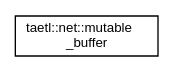
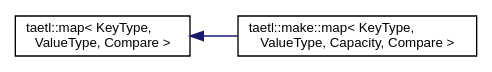
Before and after one commit to tobanteAudio/taetl: the diagram in inherit_graph_20.dot, drawn with Graphviz. The commit also changed 145 other files, not shown here.

```diff
--- a/inherit_graph_20.dot
+++ b/inherit_graph_20.dot
@@ -1,7 +1,9 @@
 digraph "Graphical Class Hierarchy"
 {
   edge [fontname="Helvetica",fontsize="10",labelfontname="Helvetica",labelfontsize="10"];
   node [fontname="Helvetica",fontsize="10",shape=record];
   rankdir="LR";
-  Node0 [label="taetl::net::mutable\l_buffer",height=0.2,width=0.4,color="black", fillcolor="white", style="filled",URL="$classtaetl_1_1net_1_1mutable__buffer.html"];
+  Node0 [label="taetl::map\< KeyType,\l ValueType, Compare \>",height=0.2,width=0.4,color="black", fillcolor="white", style="filled",URL="$classtaetl_1_1map.html"];
+  Node0 -> Node1 [dir="back",color="midnightblue",fontsize="10",style="solid",fontname="Helvetica"];
+  Node1 [label="taetl::make::map\< KeyType,\l ValueType, Capacity, Compare \>",height=0.2,width=0.4,color="black", fillcolor="white", style="filled",URL="$classtaetl_1_1make_1_1map.html"];
 }
```
